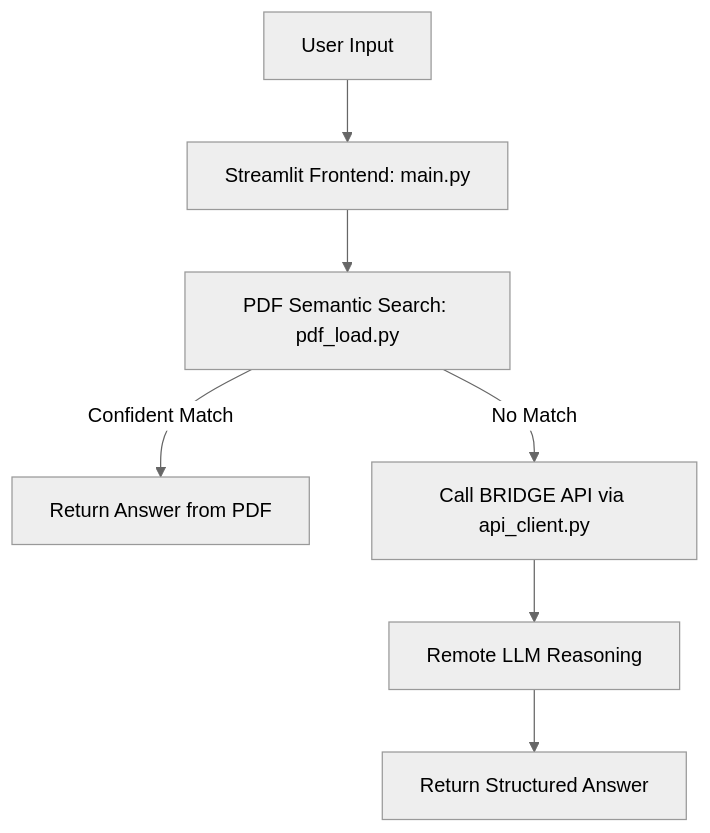
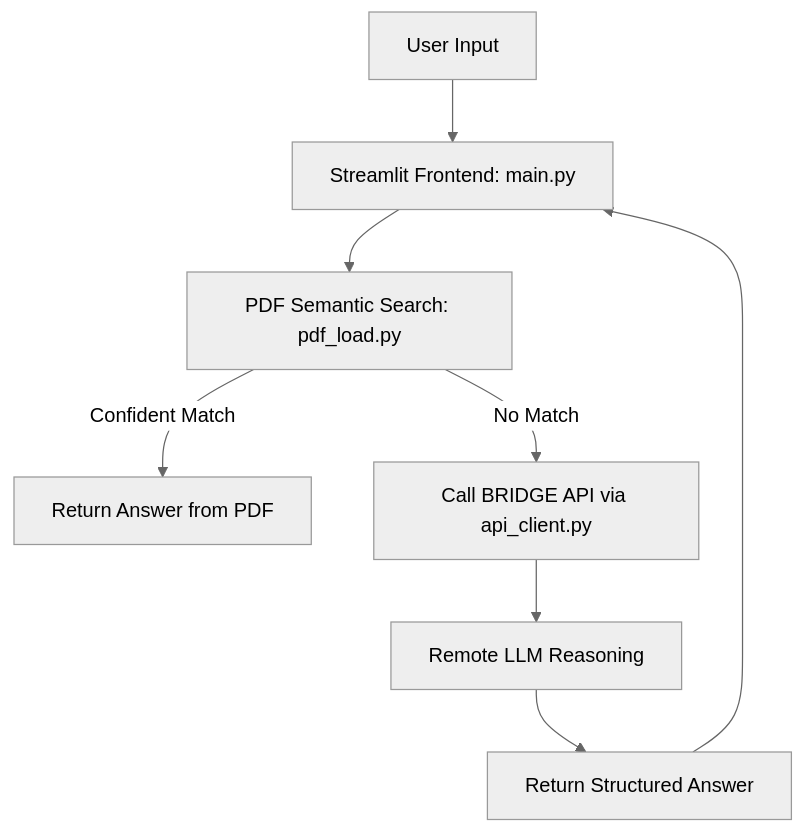
Before and after one commit to yana-g/bridge-ai: the diagram in TVManualAgent/README.md, drawn with Mermaid (neutral theme).

Commit message:
Update TVManualAgent README

````diff
--- a/TVManualAgent/README.md
+++ b/TVManualAgent/README.md
@@ -16,9 +16,10 @@
 ```mermaid
 flowchart TD
     A[User Input] --> B[Streamlit Frontend: main.py]
     B --> C[PDF Semantic Search: pdf_load.py]
     C -->|Confident Match| D[Return Answer from PDF]
     C -->|No Match| E[Call BRIDGE API via api_client.py]
     E --> F[Remote LLM Reasoning]
     F --> G[Return Structured Answer]
+    G --> B
 ```
````
